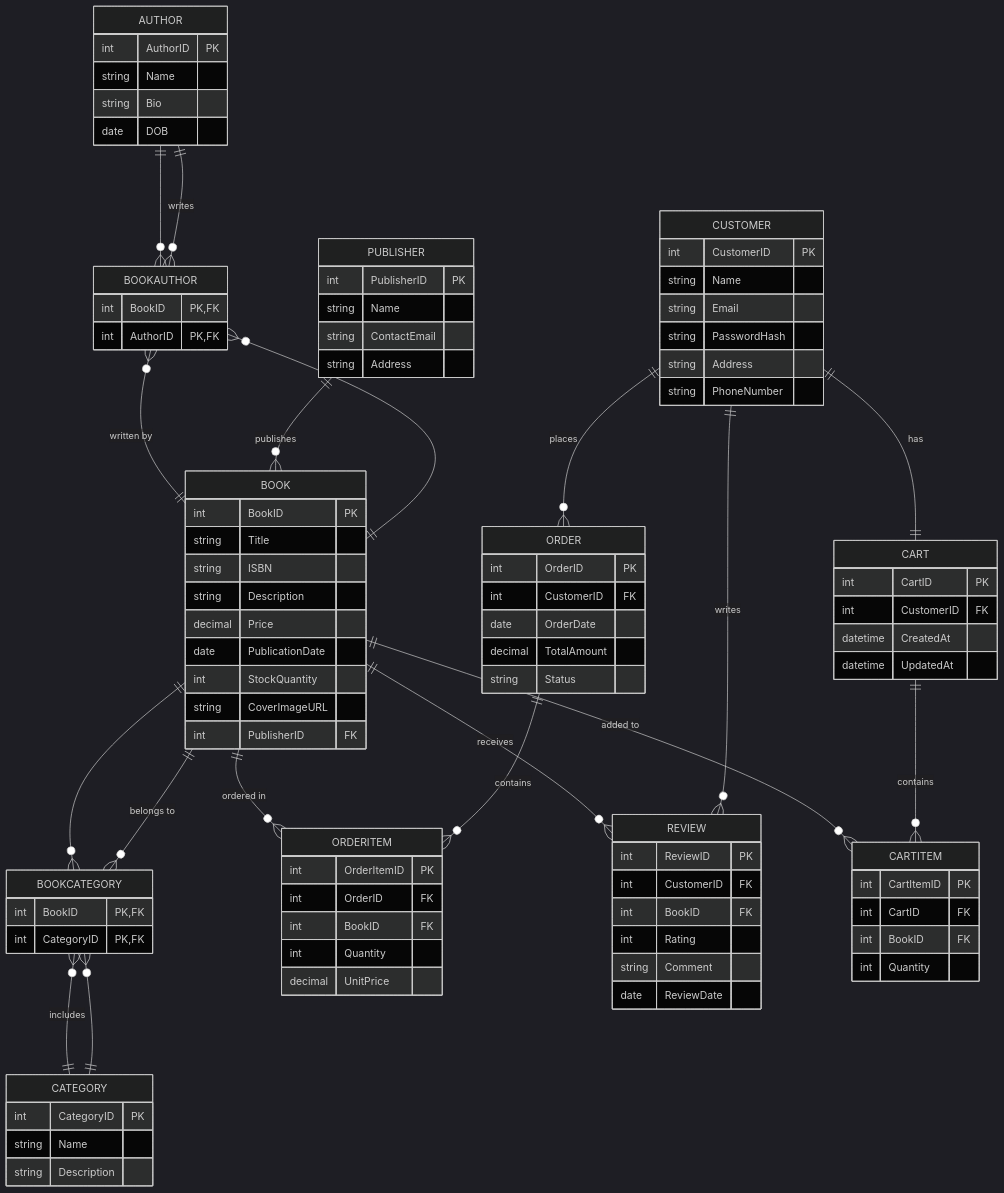
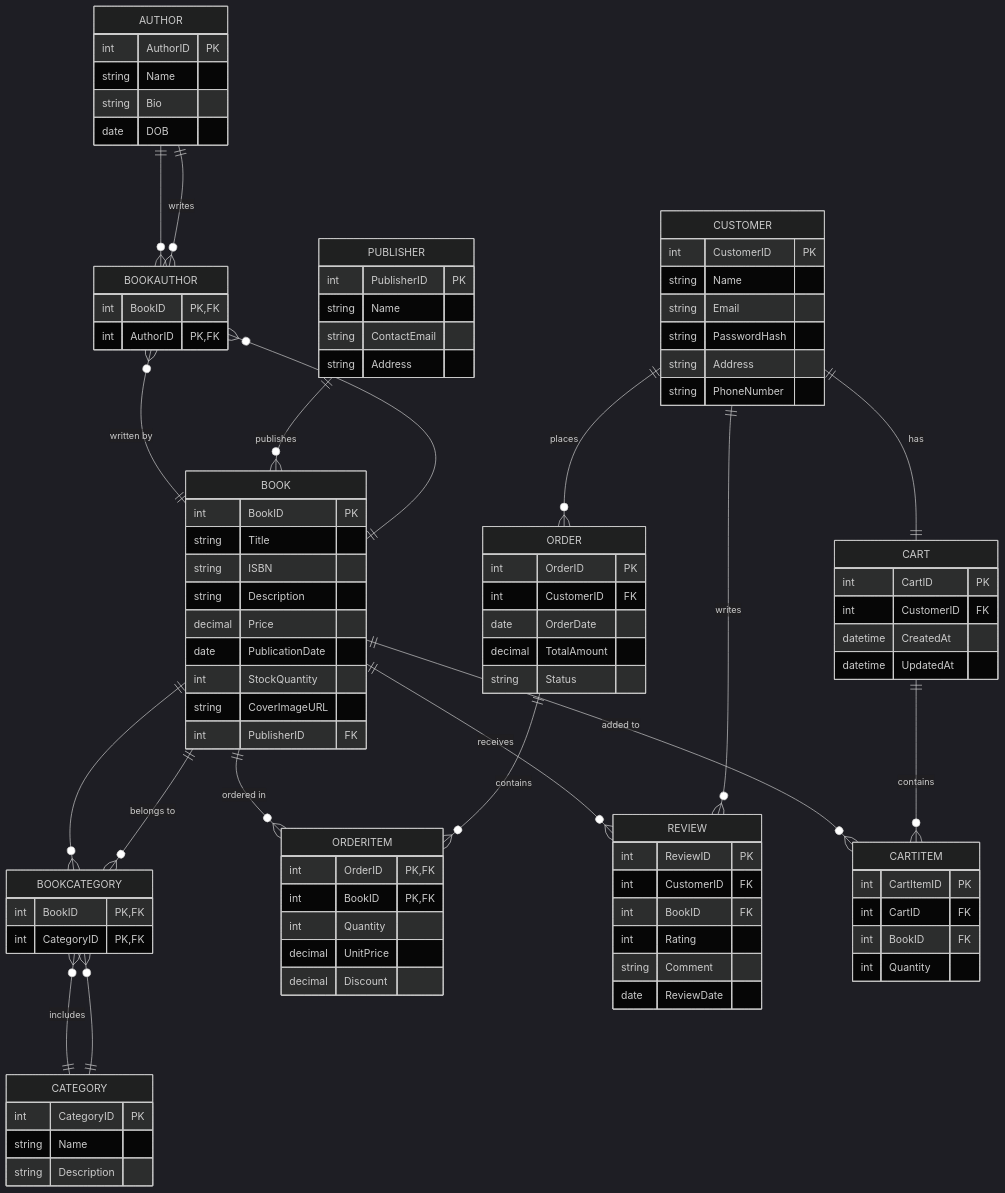
One commit to willvelida/bookstore changed the diagram in .github/.copilot/domain_knowledge/bookstore_data_model.md. Above: the diagram before and after it, drawn with Mermaid (dark theme). The commit also changed other lines of this file and 18 other files, not shown here.

```diff
--- a/.github/.copilot/domain_knowledge/bookstore_data_model.md
+++ b/.github/.copilot/domain_knowledge/bookstore_data_model.md
@@ -202,11 +202,11 @@
     }
     
     ORDERITEM {
-        int OrderItemID PK
-        int OrderID FK
-        int BookID FK
+        int OrderID PK,FK
+        int BookID PK,FK
         int Quantity
         decimal UnitPrice
+        decimal Discount
     }
     
     REVIEW {
```
